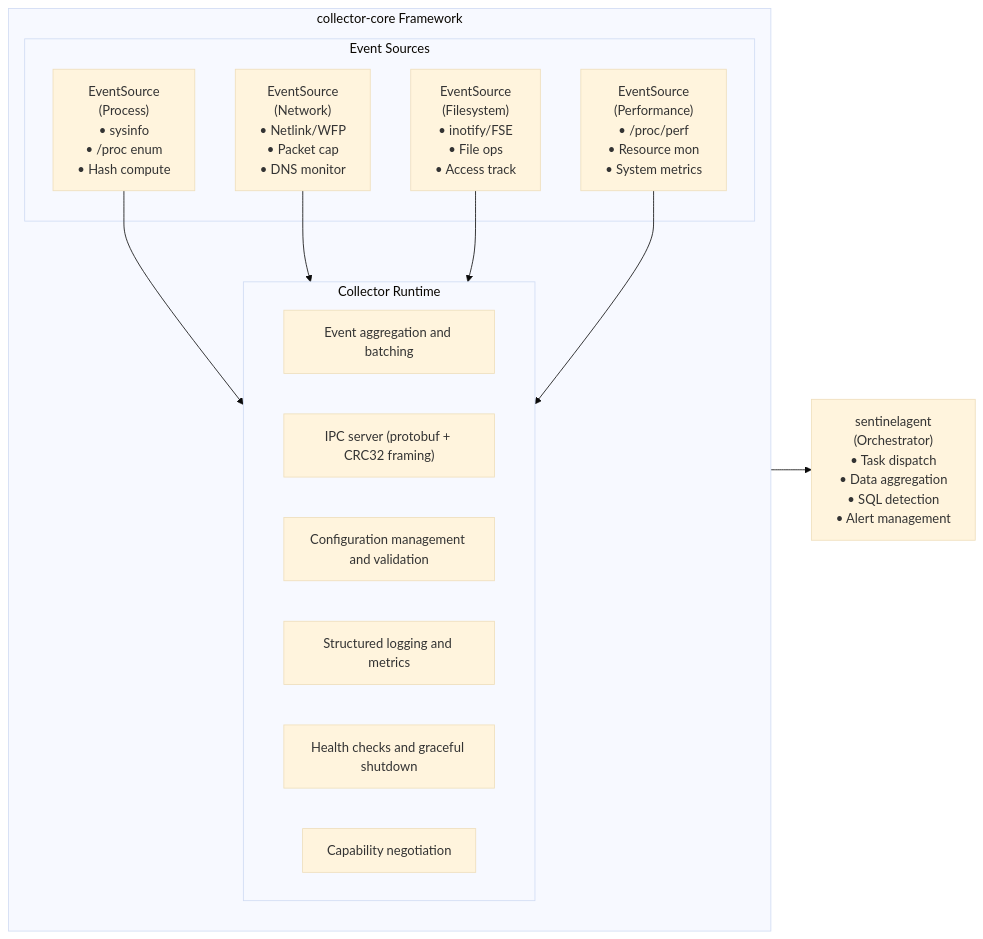
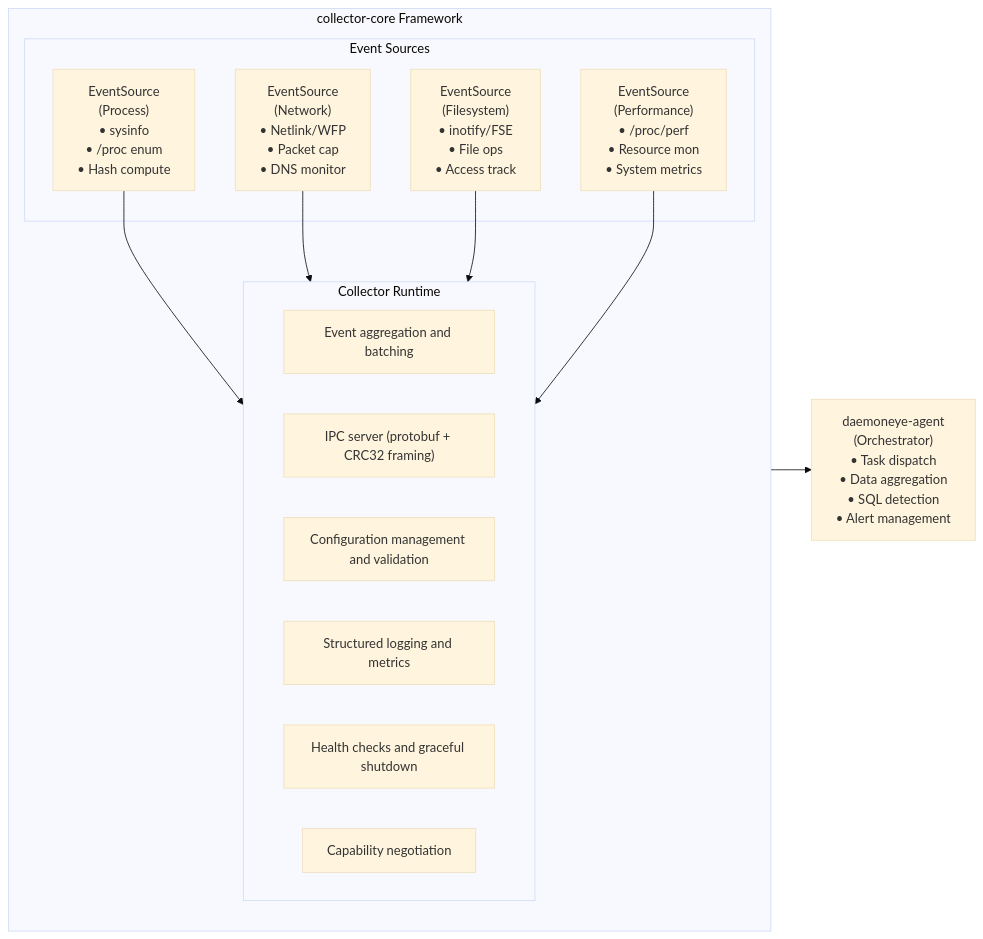
Before and after one commit to EvilBit-Labs/DaemonEye: the first of 6 diagrams in .kiro/specs/sentineld-core-monitoring/design.md, drawn with Mermaid (base theme). The commit also changed other lines of this file and 211 other files, not shown here.

````diff
--- a/.kiro/specs/sentineld-core-monitoring/design.md
+++ b/.kiro/specs/sentineld-core-monitoring/design.md
@@ -15,29 +15,29 @@
 ```mermaid
 graph LR
     subgraph CC["collector-core Framework"]
         subgraph ES["Event Sources"]
             PS["EventSource<br/>(Process)<br/>• sysinfo<br/>• /proc enum<br/>• Hash compute"]
             NS["EventSource<br/>(Network)<br/>• Netlink/WFP<br/>• Packet cap<br/>• DNS monitor"]
             FS["EventSource<br/>(Filesystem)<br/>• inotify/FSE<br/>• File ops<br/>• Access track"]
             PerfS["EventSource<br/>(Performance)<br/>• /proc/perf<br/>• Resource mon<br/>• System metrics"]
         end
 
         subgraph CR["Collector Runtime"]
             AGG["Event aggregation and batching"]
             IPC["IPC server (protobuf + CRC32 framing)"]
             CFG["Configuration management and validation"]
             LOG["Structured logging and metrics"]
             HEALTH["Health checks and graceful shutdown"]
             CAP["Capability negotiation"]
         end
 
         PS --> CR
         NS --> CR
         FS --> CR
         PerfS --> CR
     end
 
-    CC --> SA["sentinelagent<br/>(Orchestrator)<br/>• Task dispatch<br/>• Data aggregation<br/>• SQL detection<br/>• Alert management"]
+    CC --> SA["daemoneye-agent<br/>(Orchestrator)<br/>• Task dispatch<br/>• Data aggregation<br/>• SQL detection<br/>• Alert management"]
 
 
 ```
````
